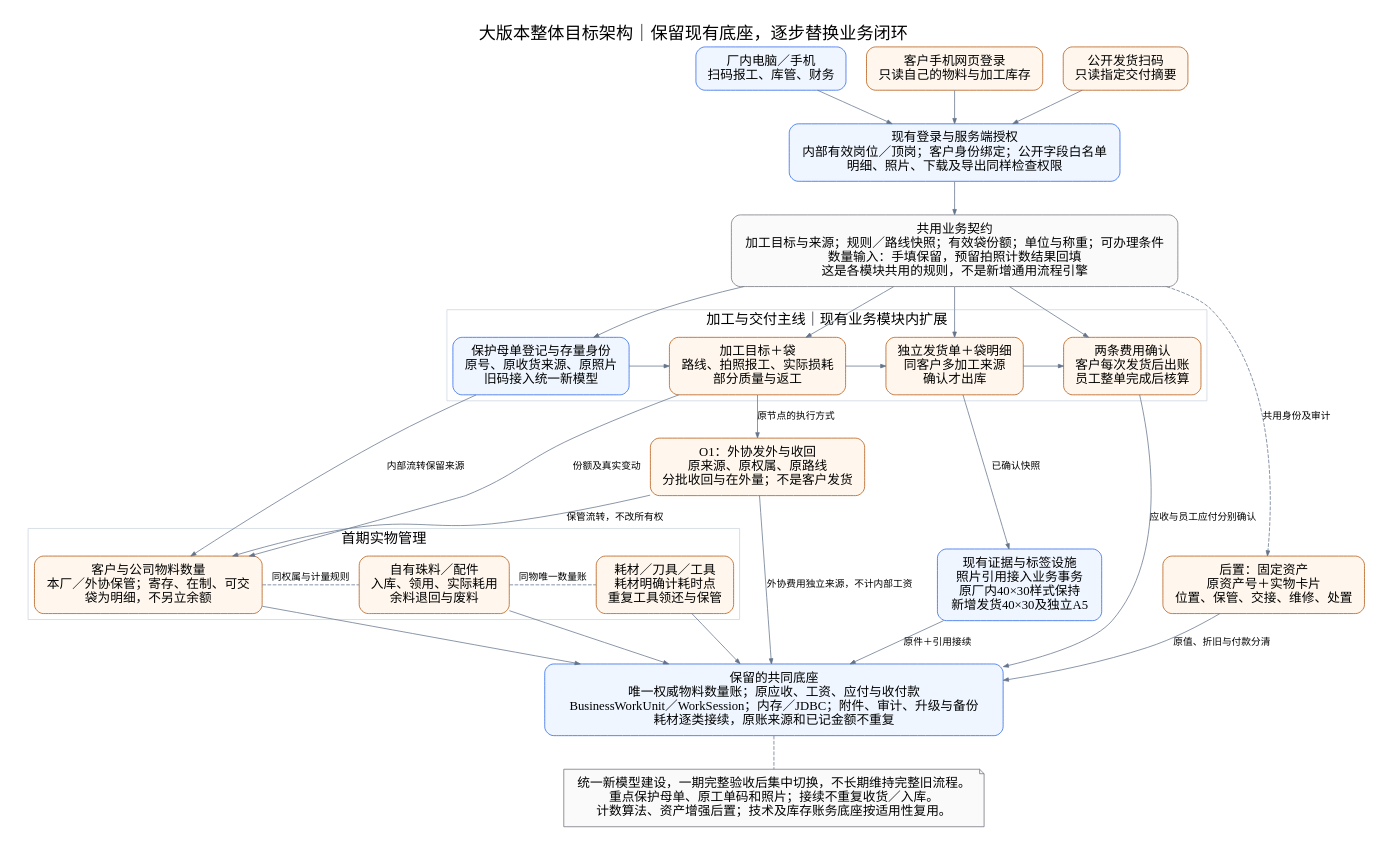
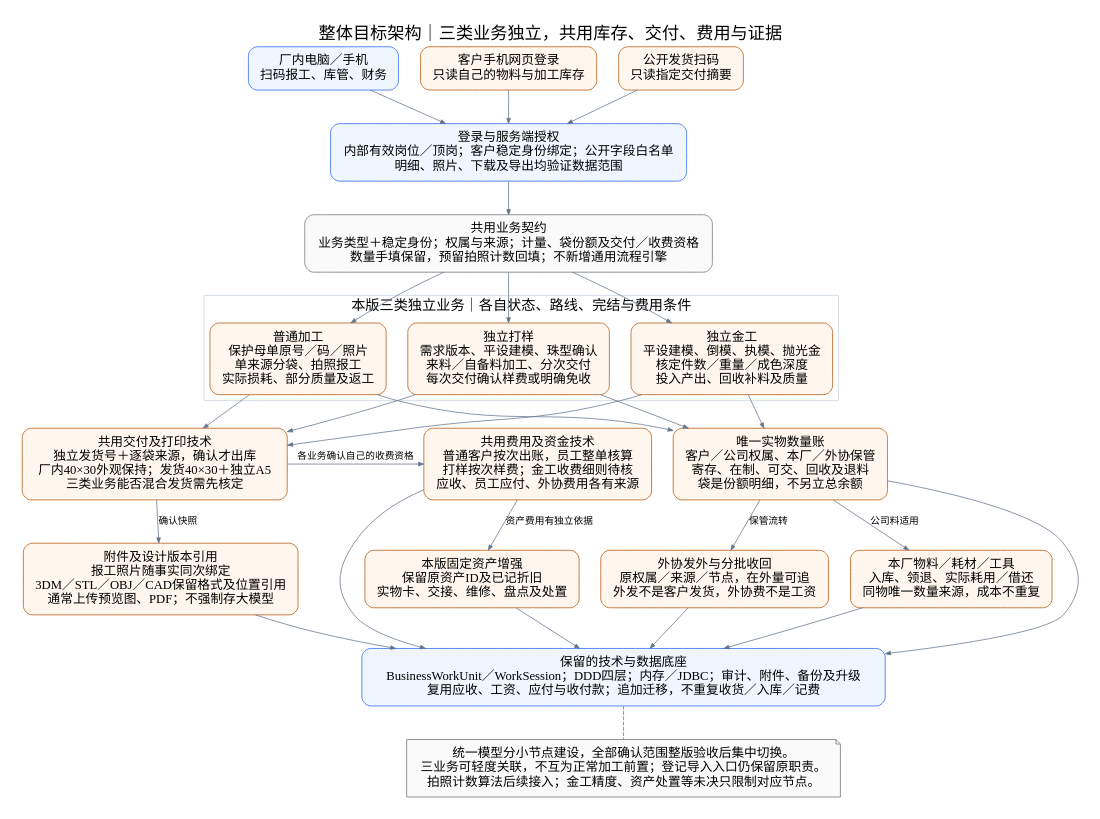
One commit to sxliuchen-hash/zhubao-ERP changed the diagram in docs/diagrams/refactor-master/01-overall-architecture.dot. Above: the diagram before and after it, drawn with Graphviz. The commit also changed 25 other files, not shown here.

```diff
--- a/docs/diagrams/refactor-master/01-overall-architecture.dot
+++ b/docs/diagrams/refactor-master/01-overall-architecture.dot
@@ -1,48 +1,42 @@
 digraph G {
- graph [fontname="SimSun",fontsize=23,label="大版本整体目标架构｜保留现有底座，逐步替换业务闭环",labelloc=t,rankdir=TB,bgcolor="white",pad="0.3",nodesep="0.38",ranksep="0.6"];
+ graph [fontname="SimSun",fontsize=23,label="整体目标架构｜三类业务独立，共用库存、交付、费用与证据",labelloc=t,rankdir=TB,bgcolor="white",pad="0.3",nodesep="0.4",ranksep="0.6"];
  node [fontname="SimSun",fontsize=17,shape=box,style="rounded,filled",color="#b45309",fillcolor="#fff7ed",margin="0.2,0.14"];
  edge [fontname="SimSun",fontsize=13,color="#64748b",arrowsize=0.7];
  staff [label="厂内电脑／手机\n扫码报工、库管、财务",color="#2563eb",fillcolor="#eff6ff"];
  client [label="客户手机网页登录\n只读自己的物料与加工库存"];
  public [label="公开发货扫码\n只读指定交付摘要"];
  {rank=same;staff;client;public;}
- access [label="现有登录与服务端授权\n内部有效岗位／顶岗；客户身份绑定；公开字段白名单\n明细、照片、下载及导出同样检查权限",color="#2563eb",fillcolor="#eff6ff"];
- contract [label="共用业务契约\n加工目标与来源；规则／路线快照；有效袋份额；单位与称重；可办理条件\n数量输入：手填保留，预留拍照计数结果回填\n这是各模块共用的规则，不是新增通用流程引擎",color="#71717a",fillcolor="#fafafa"];
- subgraph cluster_main {
-  label="加工与交付主线｜现有业务模块内扩展";fontname="SimSun";fontsize=19;color="#cbd5e1";
-  source [label="保护母单登记与存量身份\n原号、原收货来源、原照片\n旧码接入统一新模型",color="#2563eb",fillcolor="#eff6ff"];
-  production [label="加工目标＋袋\n路线、拍照报工、实际损耗\n部分质量与返工"];
-  shipping [label="独立发货单＋袋明细\n同客户多加工来源\n确认才出库"];
-  finance [label="两条费用确认\n客户每次发货后出账\n员工整单完成后核算"];
-  {rank=same;source;production;shipping;finance;}
-  source -> production;production -> shipping;shipping -> finance;
+ access [label="登录与服务端授权\n内部有效岗位／顶岗；客户稳定身份绑定；公开字段白名单\n明细、照片、下载及导出均验证数据范围",color="#2563eb",fillcolor="#eff6ff"];
+ contract [label="共用业务契约\n业务类型＋稳定身份；权属与来源；计量、袋份额及交付／收费资格\n数量手填保留，预留拍照计数回填；不新增通用流程引擎",color="#71717a",fillcolor="#fafafa"];
+ subgraph cluster_domains {
+  label="本版三类独立业务｜各自状态、路线、完结与费用条件";fontname="SimSun";fontsize=19;color="#cbd5e1";
+  production [label="普通加工\n保护母单原号／码／照片\n单来源分袋、拍照报工\n实际损耗、部分质量及返工"];
+  sample [label="独立打样\n需求版本、平设建模、珠型确认\n来料／自备料加工、分次交付\n每次交付确认样费或明确免收"];
+  gold [label="独立金工\n平设建模、倒模、执模、抛光金\n核定件数／重量／成色深度\n投入产出、回收补料及质量"];
+  {rank=same;production;sample;gold;}
  }
- subgraph cluster_material {
-  label="首期实物管理";fontname="SimSun";fontsize=19;color="#cbd5e1";
-  inventory [label="客户与公司物料数量\n本厂／外协保管；寄存、在制、可交\n袋为明细，不另立余额"];
-  factory [label="自有珠料／配件\n入库、领用、实际耗用\n余料退回与废料"];
-  tools [label="耗材／刀具／工具\n耗材明确计耗时点\n重复工具领还与保管"];
-  {rank=same;inventory;factory;tools;}
- }
- asset [label="后置：固定资产\n原资产号＋实物卡片\n位置、保管、交接、维修、处置"];
- outsourcing [label="O1：外协发外与收回\n原来源、原权属、原路线\n分批收回与在外量；不是客户发货"];
- evidence [label="现有证据与标签设施\n照片引用接入业务事务\n原厂内40×30样式保持\n新增发货40×30及独立A5",color="#2563eb",fillcolor="#eff6ff"];
- base [label="保留的共同底座\n唯一权威物料数量账；原应收、工资、应付与收付款\nBusinessWorkUnit／WorkSession；内存／JDBC；附件、审计、升级与备份\n耗材逐类接续，原账来源和已记金额不重复",color="#2563eb",fillcolor="#eff6ff"];
- note [shape=note,label="统一新模型建设，一期完整验收后集中切换，不长期维持完整旧流程。\n重点保护母单、原工单码和照片；接续不重复收货／入库。\n计数算法、资产增强后置；技术及库存账务底座按适用性复用。",color="#71717a",fillcolor="#fafafa"];
+ delivery [label="共用交付及打印技术\n独立发货号＋逐袋来源，确认才出库\n厂内40×30外观保持；发货40×30＋独立A5\n三类业务能否混合发货需先核定"];
+ inventory [label="唯一实物数量账\n客户／公司权属、本厂／外协保管\n寄存、在制、可交、回收及退料\n袋是份额明细，不另立总余额"];
+ finance [label="共用费用及资金技术\n普通客户按次出账，员工整单核算\n打样按次样费；金工收费细则待核\n应收、员工应付、外协费用各有来源"];
+ {rank=same;delivery;inventory;finance;}
+ outsourcing [label="外协发外与分批收回\n原权属／来源／节点，在外量可追\n外发不是客户发货，外协费不是工资"];
+ factory [label="本厂物料／耗材／工具\n入库、领退、实际耗用／借还\n同物唯一数量来源，成本不重复"];
+ asset [label="本版固定资产增强\n保留原资产ID及已记折旧\n实物卡、交接、维修、盘点及处置"];
+ {rank=same;outsourcing;factory;asset;}
+ evidence [label="附件及设计版本引用\n报工照片随事实同次绑定\n3DM／STL／OBJ／CAD保留格式及位置引用\n通常上传预览图、PDF；不强制存大模型"];
+ base [label="保留的技术与数据底座\nBusinessWorkUnit／WorkSession；DDD四层；内存／JDBC；审计、附件、备份及升级\n复用应收、工资、应付与收付款；追加迁移，不重复收货／入库／记费",color="#2563eb",fillcolor="#eff6ff"];
+ note [shape=note,label="统一模型分小节点建设，全部确认范围整版验收后集中切换。\n三业务可轻度关联，不互为正常加工前置；登记导入入口仍保留原职责。\n拍照计数算法后续接入；金工精度、资产处置等未决只限制对应节点。",color="#71717a",fillcolor="#fafafa"];
  staff -> access;client -> access;public -> access;access -> contract;
- contract -> source;contract -> production;contract -> shipping;contract -> finance;
- source -> inventory [label="内部流转保留来源"];
- production -> inventory [label="份额及真实变动"];
- production -> outsourcing [label="原节点的执行方式"];
- outsourcing -> inventory [label="保管流转，不改所有权"];
- outsourcing -> base [label="外协费用独立来源，不计内部工资"];
- shipping -> evidence [label="已确认快照"];
- finance -> base [label="应收与员工应付分别确认"];
- inventory -> factory [style=dashed,arrowhead=none,label="同权属与计量规则"];
- factory -> tools [style=dashed,arrowhead=none,label="同物唯一数量账"];
- inventory -> base;factory -> base;tools -> base;
- contract -> asset [style=dashed,label="共用身份及审计"];
- asset -> base [label="原值、折旧与付款分清"];
- evidence -> base [label="原件＋引用接续"];
+ contract -> production;contract -> sample;contract -> gold;
+ production -> delivery;sample -> delivery;gold -> delivery;
+ production -> inventory;sample -> inventory;gold -> inventory;
+ delivery -> finance [label="各业务确认自己的收费资格"];
+ inventory -> outsourcing [label="保管流转"];
+ inventory -> factory [label="公司料适用"];
+ finance -> asset [label="资产费用有独立依据"];
+ outsourcing -> base;factory -> base;asset -> base;
+ delivery -> evidence [label="确认快照"];
+ evidence -> base;
+ finance -> base;inventory -> base;
  base -> note [style=dashed,arrowhead=none];
 }
```
